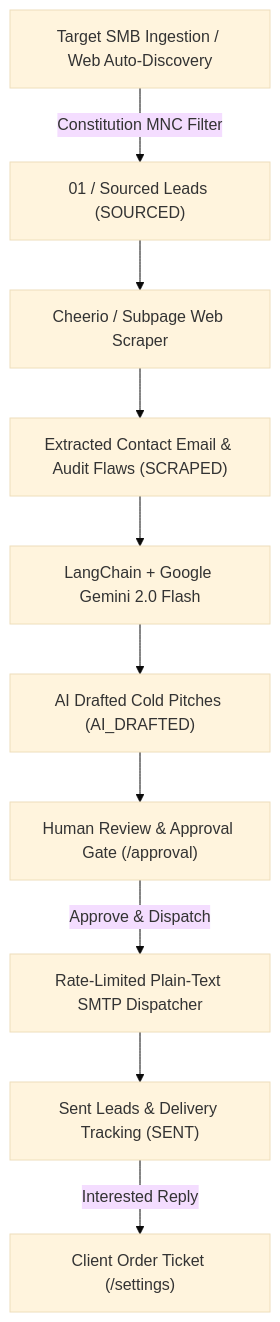
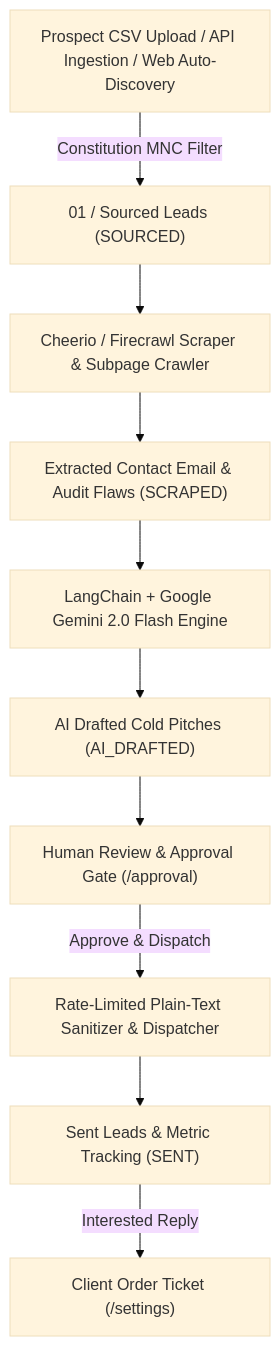
Before and after one commit to whiteki3011s/automated-email: the diagram in README.md, drawn with Mermaid (base theme). The commit also changed other lines of this file, not shown here.

Commit message:
docs: merge main branch documentation into README with full stack details, Redis/BullMQ, Firecrawl, and updated pipeline flow

````diff
--- a/README.md
+++ b/README.md
@@ -30,12 +31,12 @@
 ```mermaid
 flowchart TD
-    A["Target SMB Ingestion / Web Auto-Discovery"] -->|Constitution MNC Filter| B["01 / Sourced Leads (SOURCED)"]
-    B --> C["Cheerio / Subpage Web Scraper"]
+    A["Prospect CSV Upload / API Ingestion / Web Auto-Discovery"] -->|Constitution MNC Filter| B["01 / Sourced Leads (SOURCED)"]
+    B --> C["Cheerio / Firecrawl Scraper & Subpage Crawler"]
     C --> D["Extracted Contact Email & Audit Flaws (SCRAPED)"]
-    D --> E["LangChain + Google Gemini 2.0 Flash"]
+    D --> E["LangChain + Google Gemini 2.0 Flash Engine"]
     E --> F["AI Drafted Cold Pitches (AI_DRAFTED)"]
     F --> G["Human Review & Approval Gate (/approval)"]
-    G -->|Approve & Dispatch| H["Rate-Limited Plain-Text SMTP Dispatcher"]
-    H --> I["Sent Leads & Delivery Tracking (SENT)"]
+    G -->|Approve & Dispatch| H["Rate-Limited Plain-Text Sanitizer & Dispatcher"]
+    H --> I["Sent Leads & Metric Tracking (SENT)"]
     I -->|Interested Reply| J["Client Order Ticket (/settings)"]
 ```
````
